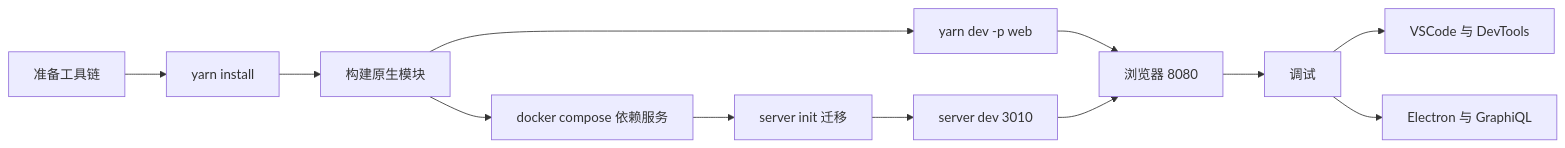
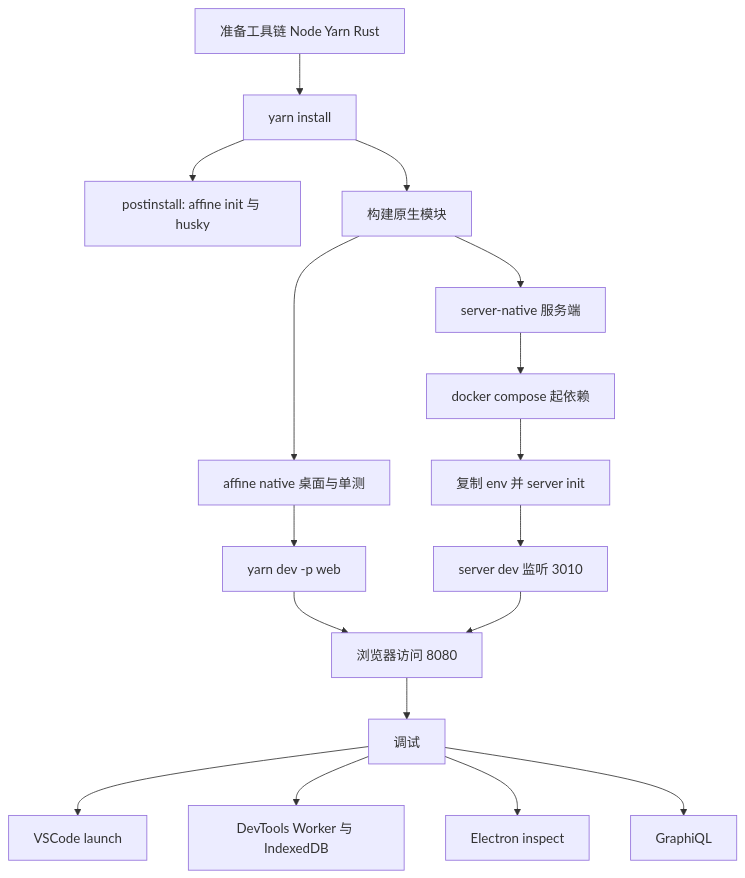
Before and after one commit to lfire/AFFiNE: the first of 2 diagrams in learning-guide/slides/decks/11.md, drawn with Mermaid. The commit also changed other lines of this file and 46 other files, not shown here.

````diff
--- a/learning-guide/slides/decks/11.md
+++ b/learning-guide/slides/decks/11.md
@@ -50,14 +33,19 @@
 ```mermaid
-flowchart LR
-  A[准备工具链] --> B[yarn install]
-  B --> C[构建原生模块]
-  C --> D["yarn dev -p web"]
-  D --> D1["浏览器 8080"]
-  C --> E[docker compose 依赖服务]
-  E --> E1["server init 迁移"]
-  E1 --> E2["server dev 3010"]
+flowchart TB
+  A["准备工具链 Node Yarn Rust"] --> B["yarn install"]
+  B --> B1["postinstall: affine init 与 husky"]
+  B --> C["构建原生模块"]
+  C --> C1["affine native 桌面与单测"]
+  C --> C2["server-native 服务端"]
+  C1 --> D["yarn dev -p web"]
+  D --> D1["浏览器访问 8080"]
+  C2 --> E["docker compose 起依赖"]
+  E --> E1["复制 env 并 server init"]
+  E1 --> E2["server dev 监听 3010"]
   E2 --> D1
-  D1 --> F[调试]
-  F --> F1[VSCode 与 DevTools]
-  F --> F2[Electron 与 GraphiQL]
+  D1 --> F["调试"]
+  F --> F1["VSCode launch"]
+  F --> F2["DevTools Worker 与 IndexedDB"]
+  F --> F3["Electron inspect"]
+  F --> F4["GraphiQL"]
 ```
````
